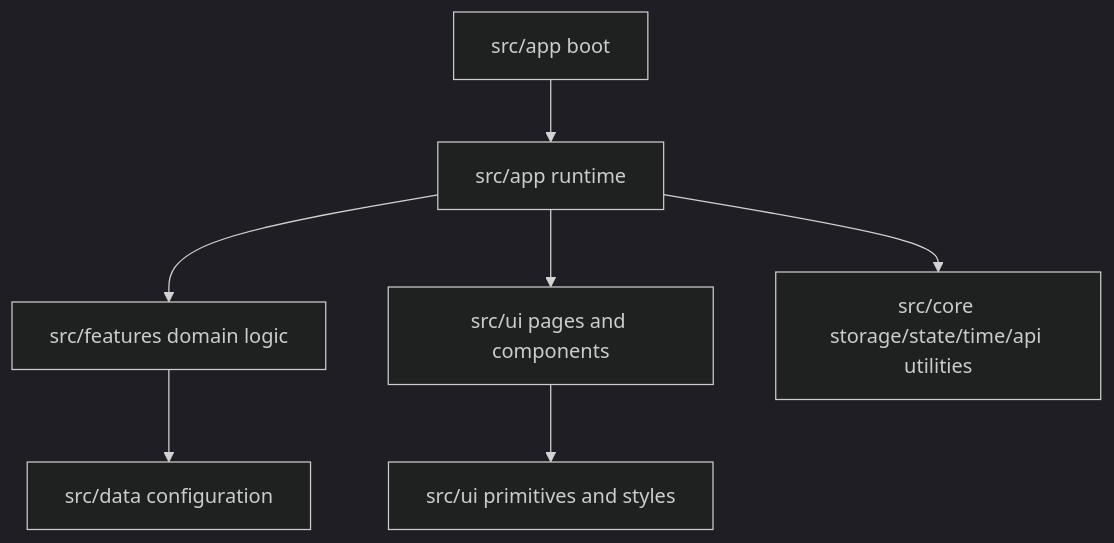
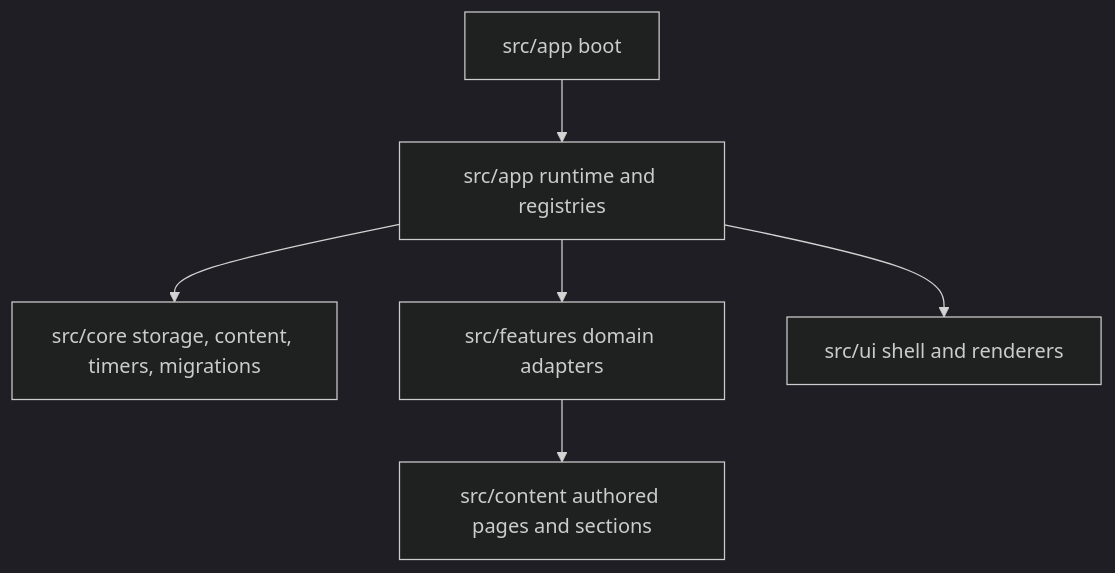
The first of 2 diagrams in docs/architecture/authority-map.md (Zahzr/RSDailies), drawn with Mermaid (dark theme) before and after one commit. The commit also changed other lines of this file and 244 other files, not shown here.

````diff
--- a/docs/architecture/authority-map.md
+++ b/docs/architecture/authority-map.md
@@ -40,9 +31,8 @@
 ```mermaid
 flowchart TD
-    A[src/app boot] --> B[src/app runtime]
-    B --> C[src/features domain logic]
-    C --> D[src/data configuration]
-    B --> E[src/ui pages and components]
-    E --> F[src/ui primitives and styles]
-    B --> G[src/core storage/state/time/api utilities]
+    A[src/app boot] --> B[src/app runtime and registries]
+    B --> C[src/core storage, content, timers, migrations]
+    B --> D[src/features domain adapters]
+    B --> E[src/ui shell and renderers]
+    D --> F[src/content authored pages and sections]
 ```
````
